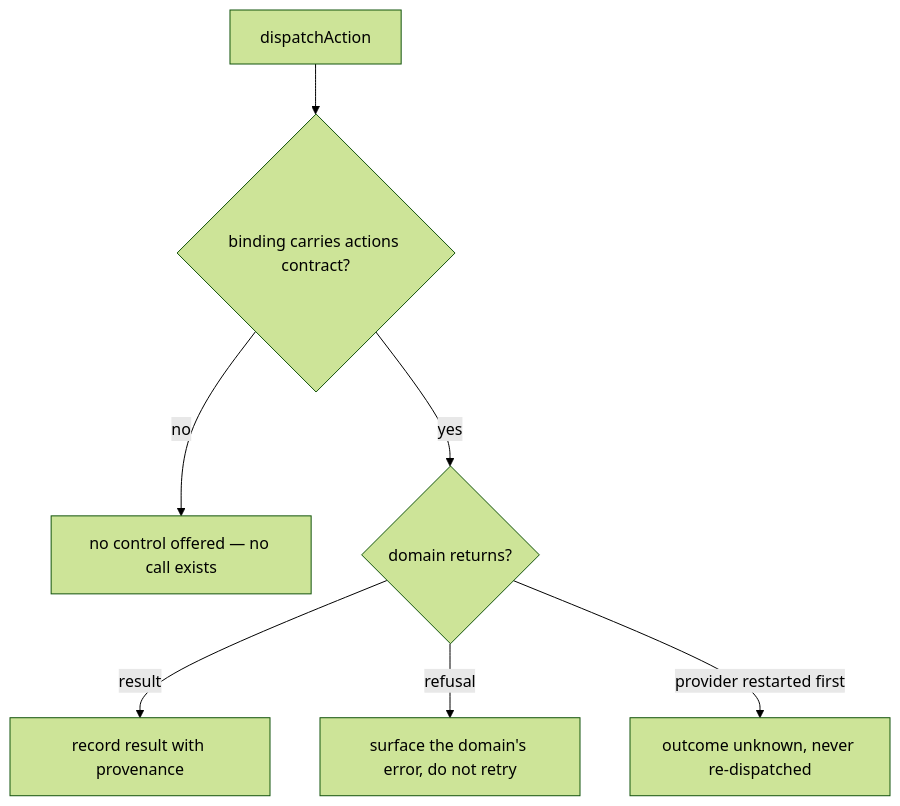
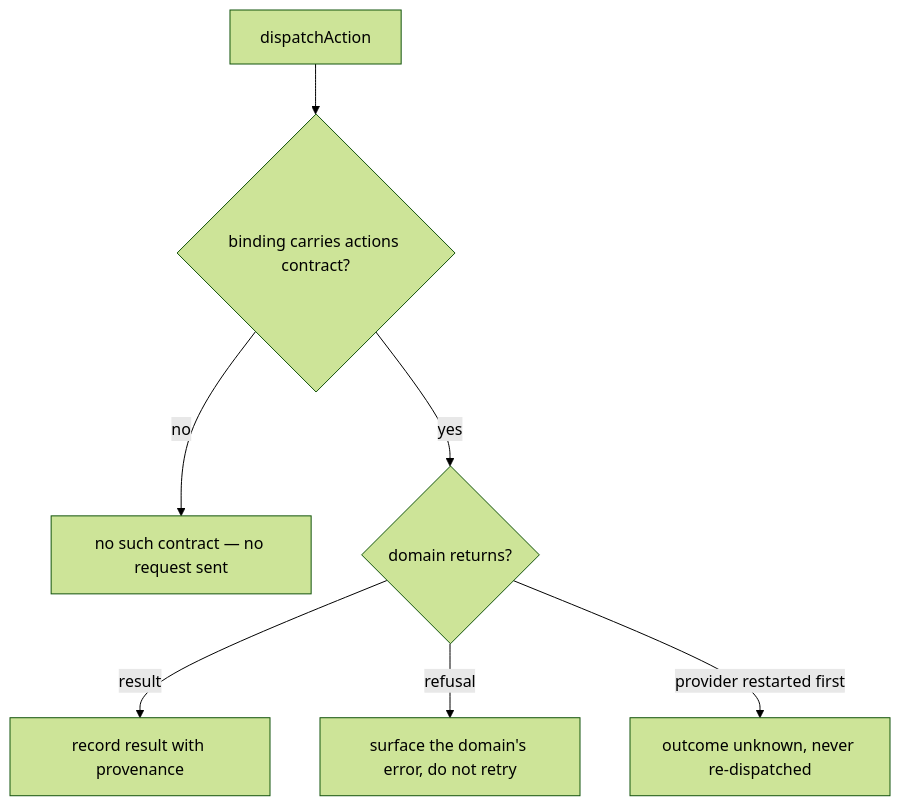
The fifth of 6 diagrams in packages/command-center/.agents/spec/integration/extension-contract/README.md (cyberuni/cyber-truss), drawn with Mermaid (forest theme) before and after one commit. The commit also changed other lines of this file and 3 other files, not shown here.

````diff
--- a/packages/command-center/.agents/spec/integration/extension-contract/README.md
+++ b/packages/command-center/.agents/spec/integration/extension-contract/README.md
@@ -222,9 +222,9 @@
 ```mermaid
 graph TD
   K[dispatchAction] --> L{binding carries actions contract?}
-  L -->|no| M[no control offered — no call exists]
+  L -->|no| M[no such contract — no request sent]
   L -->|yes| N{domain returns?}
   N -->|result| O[record result with provenance]
   N -->|refusal| P[surface the domain's error, do not retry]
   N -->|provider restarted first| Q[outcome unknown, never re-dispatched]
 ```
````
